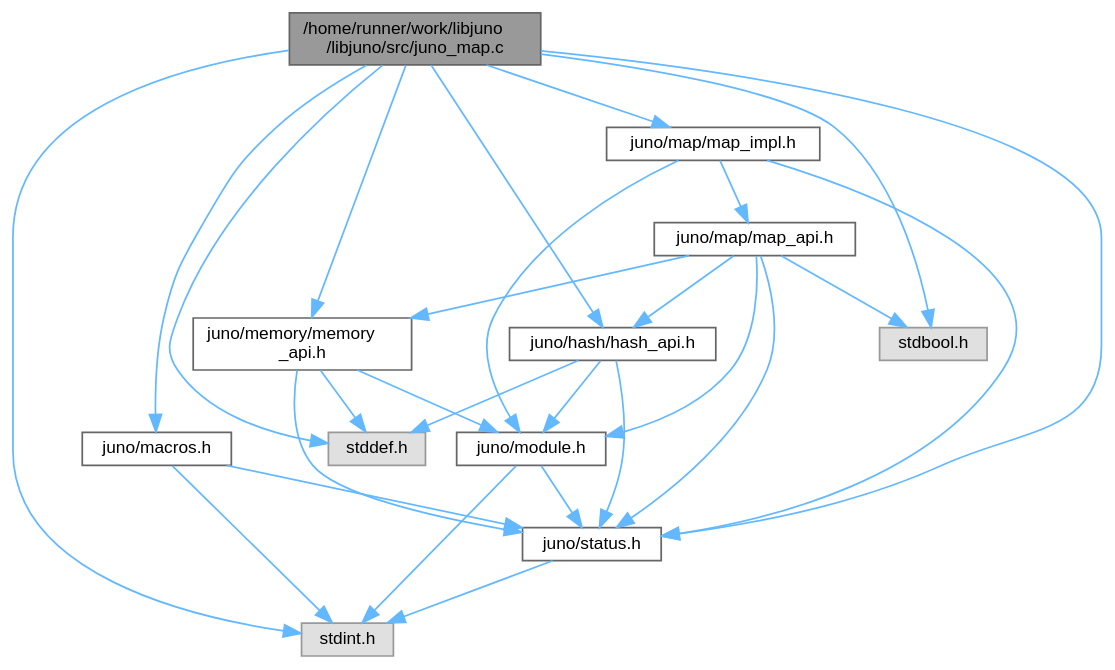
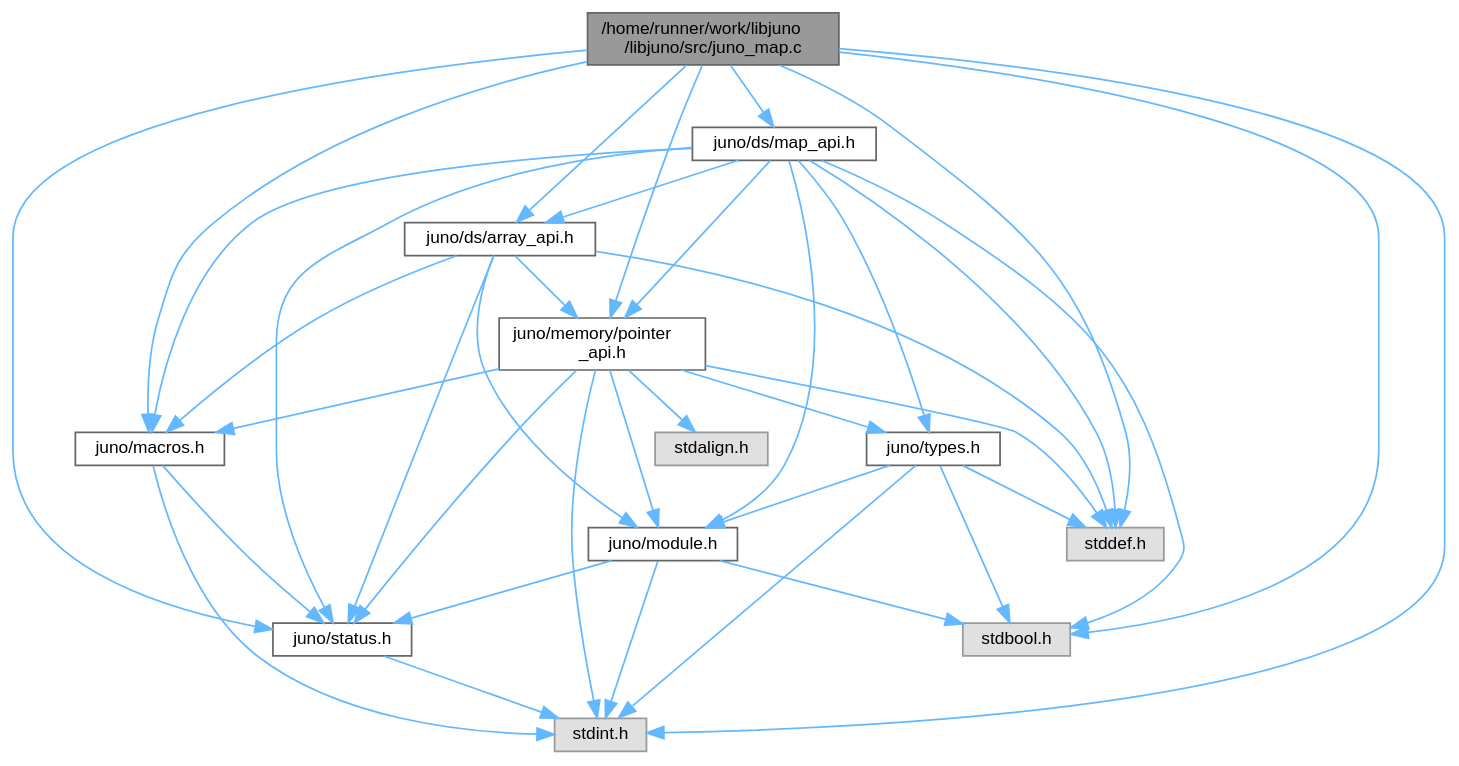
Before and after one commit to robinonsay/libjuno: the diagram in juno__map_8c__incl.dot, drawn with Graphviz. The commit also changed 847 other files, not shown here.

```diff
--- a/juno__map_8c__incl.dot
+++ b/juno__map_8c__incl.dot
@@ -1,45 +1,57 @@
 digraph "/home/runner/work/libjuno/libjuno/src/juno_map.c"
 {
  // LATEX_PDF_SIZE
   bgcolor="transparent";
   edge [fontname=Helvetica,fontsize=10,labelfontname=Helvetica,labelfontsize=10];
   node [fontname=Helvetica,fontsize=10,shape=box,height=0.2,width=0.4];
   Node1 [id="Node000001",label="/home/runner/work/libjuno\l/libjuno/src/juno_map.c",height=0.2,width=0.4,color="gray40", fillcolor="grey60", style="filled", fontcolor="black",tooltip=" "];
   Node1 -> Node2 [id="edge1_Node000001_Node000002",color="steelblue1",style="solid",tooltip=" "];
-  Node2 [id="Node000002",label="juno/hash/hash_api.h",height=0.2,width=0.4,color="grey40", fillcolor="white", style="filled",URL="$hash__api_8h.html",tooltip=" "];
+  Node2 [id="Node000002",label="juno/ds/array_api.h",height=0.2,width=0.4,color="grey40", fillcolor="white", style="filled",URL="$array__api_8h.html",tooltip="Abstract fixed-capacity array interface for DS modules."];
   Node2 -> Node3 [id="edge2_Node000002_Node000003",color="steelblue1",style="solid",tooltip=" "];
-  Node3 [id="Node000003",label="juno/status.h",height=0.2,width=0.4,color="grey40", fillcolor="white", style="filled",URL="$status_8h.html",tooltip=" "];
+  Node3 [id="Node000003",label="juno/macros.h",height=0.2,width=0.4,color="grey40", fillcolor="white", style="filled",URL="$macros_8h.html",tooltip="Common assertion and helper macros for LibJuno modules."];
   Node3 -> Node4 [id="edge3_Node000003_Node000004",color="steelblue1",style="solid",tooltip=" "];
-  Node4 [id="Node000004",label="stdint.h",height=0.2,width=0.4,color="grey60", fillcolor="#E0E0E0", style="filled",tooltip=" "];
-  Node2 -> Node5 [id="edge4_Node000002_Node000005",color="steelblue1",style="solid",tooltip=" "];
-  Node5 [id="Node000005",label="juno/module.h",height=0.2,width=0.4,color="grey40", fillcolor="white", style="filled",URL="$module_8h.html",tooltip=" "];
-  Node5 -> Node3 [id="edge5_Node000005_Node000003",color="steelblue1",style="solid",tooltip=" "];
-  Node5 -> Node4 [id="edge6_Node000005_Node000004",color="steelblue1",style="solid",tooltip=" "];
-  Node2 -> Node6 [id="edge7_Node000002_Node000006",color="steelblue1",style="solid",tooltip=" "];
-  Node6 [id="Node000006",label="stddef.h",height=0.2,width=0.4,color="grey60", fillcolor="#E0E0E0", style="filled",tooltip=" "];
-  Node1 -> Node7 [id="edge8_Node000001_Node000007",color="steelblue1",style="solid",tooltip=" "];
-  Node7 [id="Node000007",label="juno/macros.h",height=0.2,width=0.4,color="grey40", fillcolor="white", style="filled",URL="$macros_8h.html",tooltip=" "];
-  Node7 -> Node3 [id="edge9_Node000007_Node000003",color="steelblue1",style="solid",tooltip=" "];
+  Node4 [id="Node000004",label="juno/status.h",height=0.2,width=0.4,color="grey40", fillcolor="white", style="filled",URL="$status_8h.html",tooltip="Status codes and failure-handling helpers for LibJuno."];
+  Node4 -> Node5 [id="edge4_Node000004_Node000005",color="steelblue1",style="solid",tooltip=" "];
+  Node5 [id="Node000005",label="stdint.h",height=0.2,width=0.4,color="grey60", fillcolor="#E0E0E0", style="filled",tooltip=" "];
+  Node3 -> Node5 [id="edge5_Node000003_Node000005",color="steelblue1",style="solid",tooltip=" "];
+  Node2 -> Node6 [id="edge6_Node000002_Node000006",color="steelblue1",style="solid",tooltip=" "];
+  Node6 [id="Node000006",label="juno/memory/pointer\l_api.h",height=0.2,width=0.4,color="grey40", fillcolor="white", style="filled",URL="$pointer__api_8h.html",tooltip="Pointer trait and helpers for memory operations."];
+  Node6 -> Node3 [id="edge7_Node000006_Node000003",color="steelblue1",style="solid",tooltip=" "];
+  Node6 -> Node4 [id="edge8_Node000006_Node000004",color="steelblue1",style="solid",tooltip=" "];
+  Node6 -> Node7 [id="edge9_Node000006_Node000007",color="steelblue1",style="solid",tooltip=" "];
+  Node7 [id="Node000007",label="juno/module.h",height=0.2,width=0.4,color="grey40", fillcolor="white", style="filled",URL="$module_8h.html",tooltip="Module system and dependency injection primitives for LibJuno."];
   Node7 -> Node4 [id="edge10_Node000007_Node000004",color="steelblue1",style="solid",tooltip=" "];
-  Node1 -> Node8 [id="edge11_Node000001_Node000008",color="steelblue1",style="solid",tooltip=" "];
-  Node8 [id="Node000008",label="juno/map/map_impl.h",height=0.2,width=0.4,color="grey40", fillcolor="white", style="filled",URL="$map__impl_8h.html",tooltip=" "];
-  Node8 -> Node5 [id="edge12_Node000008_Node000005",color="steelblue1",style="solid",tooltip=" "];
-  Node8 -> Node3 [id="edge13_Node000008_Node000003",color="steelblue1",style="solid",tooltip=" "];
-  Node8 -> Node9 [id="edge14_Node000008_Node000009",color="steelblue1",style="solid",tooltip=" "];
-  Node9 [id="Node000009",label="juno/map/map_api.h",height=0.2,width=0.4,color="grey40", fillcolor="white", style="filled",URL="$map__api_8h.html",tooltip=" "];
-  Node9 -> Node2 [id="edge15_Node000009_Node000002",color="steelblue1",style="solid",tooltip=" "];
-  Node9 -> Node10 [id="edge16_Node000009_Node000010",color="steelblue1",style="solid",tooltip=" "];
-  Node10 [id="Node000010",label="juno/memory/memory\l_api.h",height=0.2,width=0.4,color="grey40", fillcolor="white", style="filled",URL="$memory__api_8h.html",tooltip=" "];
-  Node10 -> Node3 [id="edge17_Node000010_Node000003",color="steelblue1",style="solid",tooltip=" "];
-  Node10 -> Node5 [id="edge18_Node000010_Node000005",color="steelblue1",style="solid",tooltip=" "];
-  Node10 -> Node6 [id="edge19_Node000010_Node000006",color="steelblue1",style="solid",tooltip=" "];
-  Node9 -> Node3 [id="edge20_Node000009_Node000003",color="steelblue1",style="solid",tooltip=" "];
-  Node9 -> Node5 [id="edge21_Node000009_Node000005",color="steelblue1",style="solid",tooltip=" "];
-  Node9 -> Node11 [id="edge22_Node000009_Node000011",color="steelblue1",style="solid",tooltip=" "];
-  Node11 [id="Node000011",label="stdbool.h",height=0.2,width=0.4,color="grey60", fillcolor="#E0E0E0", style="filled",tooltip=" "];
-  Node1 -> Node10 [id="edge23_Node000001_Node000010",color="steelblue1",style="solid",tooltip=" "];
+  Node7 -> Node5 [id="edge11_Node000007_Node000005",color="steelblue1",style="solid",tooltip=" "];
+  Node7 -> Node8 [id="edge12_Node000007_Node000008",color="steelblue1",style="solid",tooltip=" "];
+  Node8 [id="Node000008",label="stdbool.h",height=0.2,width=0.4,color="grey60", fillcolor="#E0E0E0", style="filled",tooltip=" "];
+  Node6 -> Node9 [id="edge13_Node000006_Node000009",color="steelblue1",style="solid",tooltip=" "];
+  Node9 [id="Node000009",label="stddef.h",height=0.2,width=0.4,color="grey60", fillcolor="#E0E0E0", style="filled",tooltip=" "];
+  Node6 -> Node10 [id="edge14_Node000006_Node000010",color="steelblue1",style="solid",tooltip=" "];
+  Node10 [id="Node000010",label="stdalign.h",height=0.2,width=0.4,color="grey60", fillcolor="#E0E0E0", style="filled",tooltip=" "];
+  Node6 -> Node5 [id="edge15_Node000006_Node000005",color="steelblue1",style="solid",tooltip=" "];
+  Node6 -> Node11 [id="edge16_Node000006_Node000011",color="steelblue1",style="solid",tooltip=" "];
+  Node11 [id="Node000011",label="juno/types.h",height=0.2,width=0.4,color="grey40", fillcolor="white", style="filled",URL="$types_8h.html",tooltip="Common module result type aliases used throughout LibJuno."];
+  Node11 -> Node7 [id="edge17_Node000011_Node000007",color="steelblue1",style="solid",tooltip=" "];
+  Node11 -> Node8 [id="edge18_Node000011_Node000008",color="steelblue1",style="solid",tooltip=" "];
+  Node11 -> Node9 [id="edge19_Node000011_Node000009",color="steelblue1",style="solid",tooltip=" "];
+  Node11 -> Node5 [id="edge20_Node000011_Node000005",color="steelblue1",style="solid",tooltip=" "];
+  Node2 -> Node4 [id="edge21_Node000002_Node000004",color="steelblue1",style="solid",tooltip=" "];
+  Node2 -> Node7 [id="edge22_Node000002_Node000007",color="steelblue1",style="solid",tooltip=" "];
+  Node2 -> Node9 [id="edge23_Node000002_Node000009",color="steelblue1",style="solid",tooltip=" "];
   Node1 -> Node3 [id="edge24_Node000001_Node000003",color="steelblue1",style="solid",tooltip=" "];
-  Node1 -> Node11 [id="edge25_Node000001_Node000011",color="steelblue1",style="solid",tooltip=" "];
-  Node1 -> Node6 [id="edge26_Node000001_Node000006",color="steelblue1",style="solid",tooltip=" "];
-  Node1 -> Node4 [id="edge27_Node000001_Node000004",color="steelblue1",style="solid",tooltip=" "];
+  Node1 -> Node12 [id="edge25_Node000001_Node000012",color="steelblue1",style="solid",tooltip=" "];
+  Node12 [id="Node000012",label="juno/ds/map_api.h",height=0.2,width=0.4,color="grey40", fillcolor="white", style="filled",URL="$map__api_8h.html",tooltip="Open-addressed hash map API built on Array and Pointer traits."];
+  Node12 -> Node2 [id="edge26_Node000012_Node000002",color="steelblue1",style="solid",tooltip=" "];
+  Node12 -> Node3 [id="edge27_Node000012_Node000003",color="steelblue1",style="solid",tooltip=" "];
+  Node12 -> Node6 [id="edge28_Node000012_Node000006",color="steelblue1",style="solid",tooltip=" "];
+  Node12 -> Node7 [id="edge29_Node000012_Node000007",color="steelblue1",style="solid",tooltip=" "];
+  Node12 -> Node8 [id="edge30_Node000012_Node000008",color="steelblue1",style="solid",tooltip=" "];
+  Node12 -> Node9 [id="edge31_Node000012_Node000009",color="steelblue1",style="solid",tooltip=" "];
+  Node12 -> Node4 [id="edge32_Node000012_Node000004",color="steelblue1",style="solid",tooltip=" "];
+  Node12 -> Node11 [id="edge33_Node000012_Node000011",color="steelblue1",style="solid",tooltip=" "];
+  Node1 -> Node6 [id="edge34_Node000001_Node000006",color="steelblue1",style="solid",tooltip=" "];
+  Node1 -> Node4 [id="edge35_Node000001_Node000004",color="steelblue1",style="solid",tooltip=" "];
+  Node1 -> Node8 [id="edge36_Node000001_Node000008",color="steelblue1",style="solid",tooltip=" "];
+  Node1 -> Node9 [id="edge37_Node000001_Node000009",color="steelblue1",style="solid",tooltip=" "];
+  Node1 -> Node5 [id="edge38_Node000001_Node000005",color="steelblue1",style="solid",tooltip=" "];
 }
```
